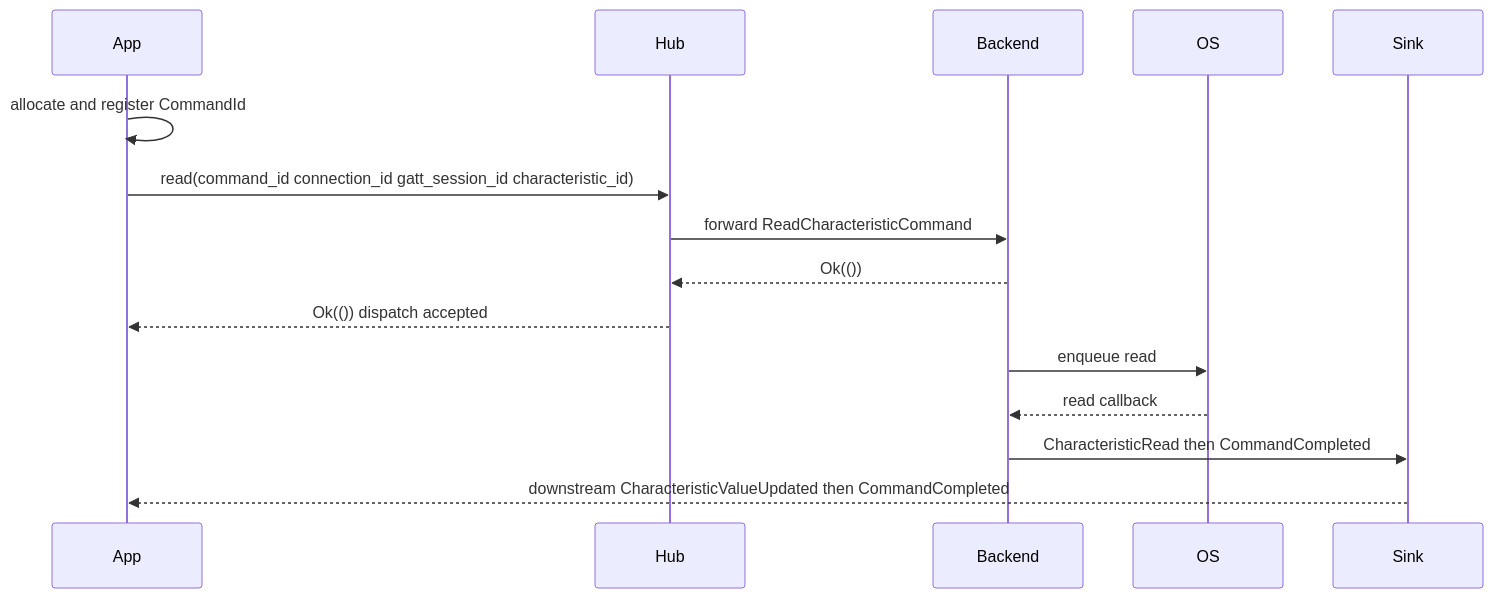
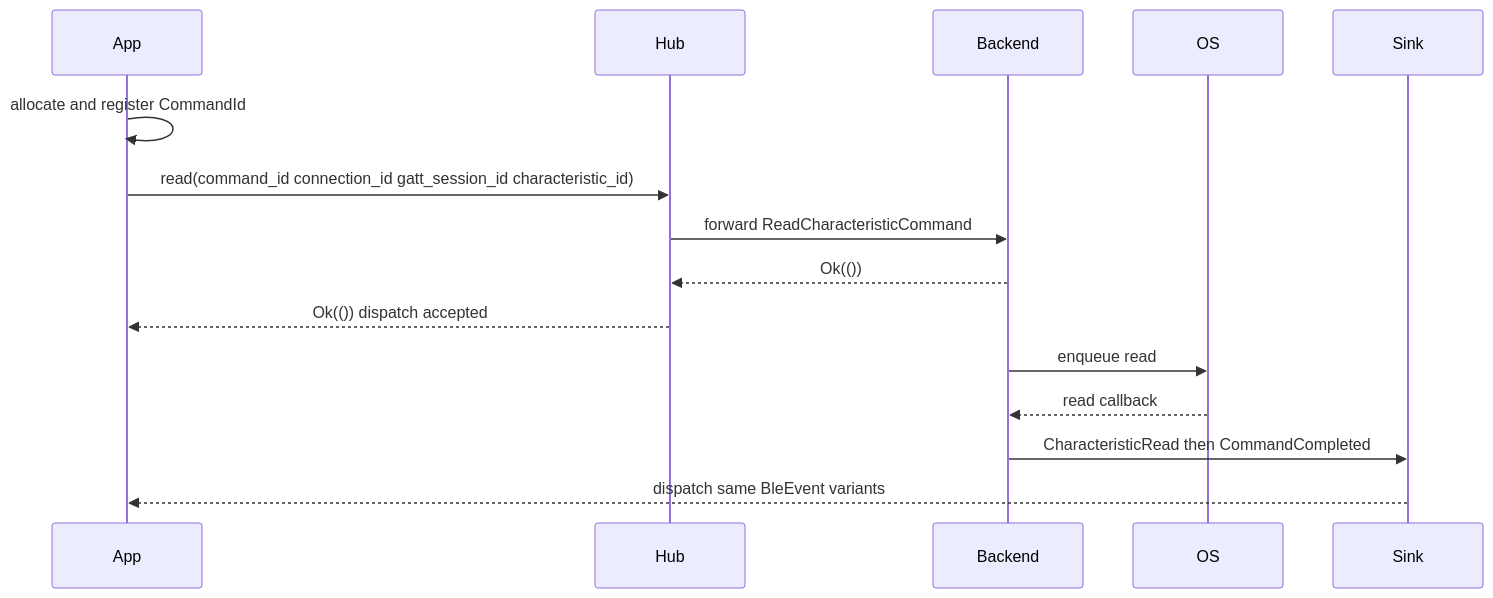
One commit to VIDLG/blengine changed the eighth of 9 diagrams in .plan/PLAN.md. Above: the diagram before and after it, drawn with Mermaid. The commit also changed other lines of this file and 17 other files, not shown here.

Commit message:
Approve BleHub architecture plan

````diff
--- a/.plan/PLAN.md
+++ b/.plan/PLAN.md
@@ -1665,18 +1647,18 @@
 ```mermaid
 sequenceDiagram
     participant App
     participant Hub
     participant Backend
     participant OS
     participant Sink
 
     App->>App: allocate and register CommandId
     App->>Hub: read(command_id connection_id gatt_session_id characteristic_id)
     Hub->>Backend: forward ReadCharacteristicCommand
     Backend-->>Hub: Ok(())
     Hub-->>App: Ok(()) dispatch accepted
     Backend->>OS: enqueue read
     OS-->>Backend: read callback
     Backend->>Sink: CharacteristicRead then CommandCompleted
-    Sink-->>App: downstream CharacteristicValueUpdated then CommandCompleted
+    Sink-->>App: dispatch same BleEvent variants
 ```
````
